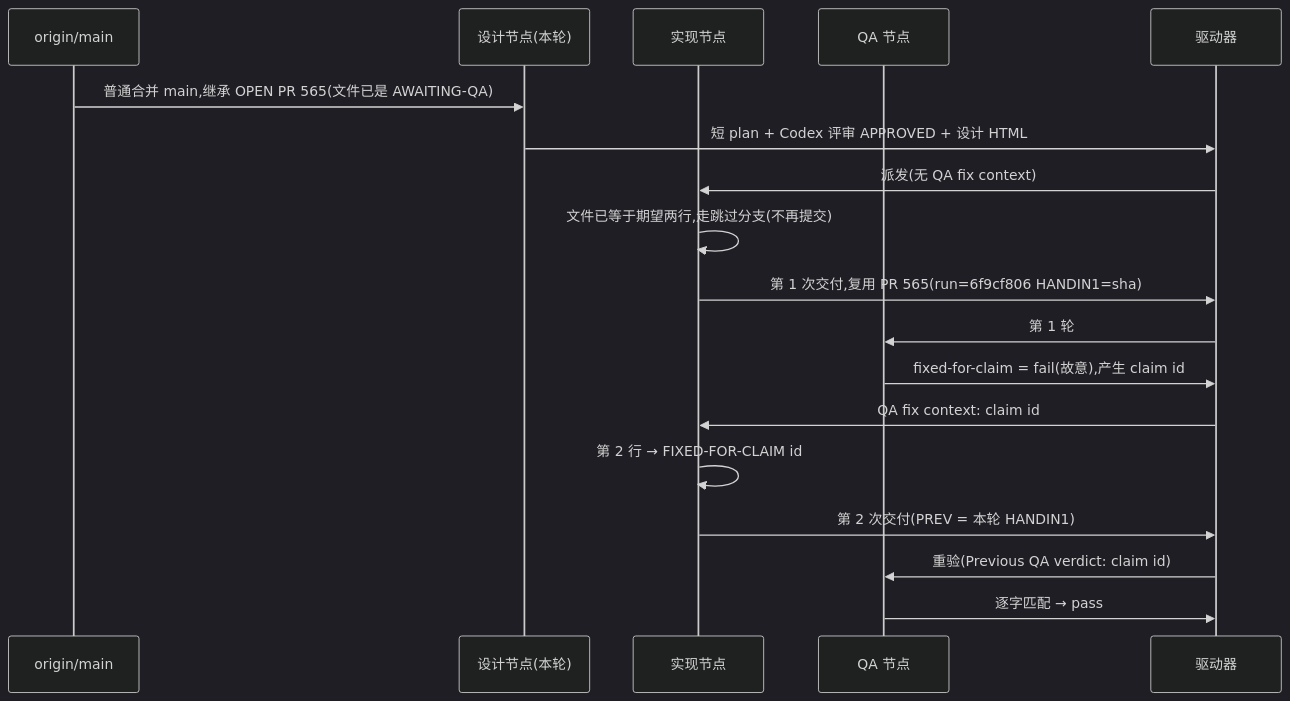
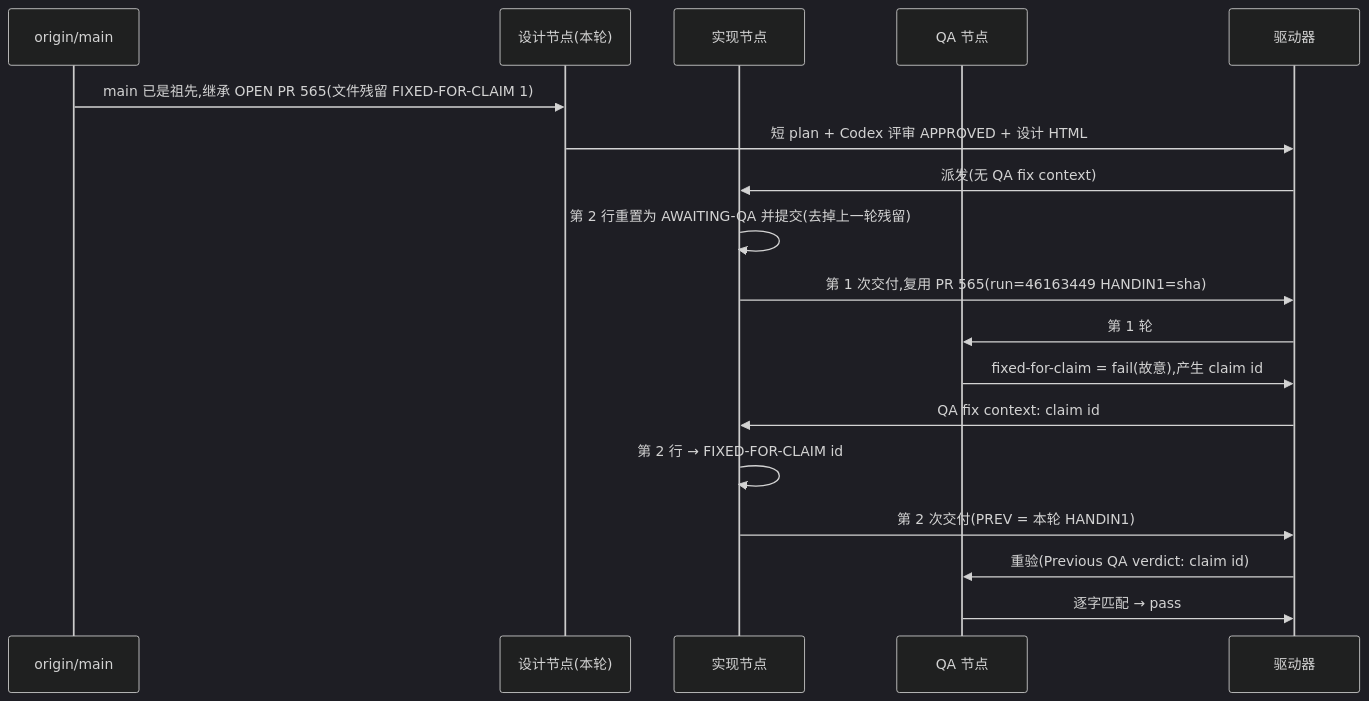
One commit to xrliAnnie/flywheel-qa-sandbox changed the diagram in engineering/doc/FLY-3150-real-runner-drill/d1-core-flow.mmd. Above: the diagram before and after it, drawn with Mermaid (dark theme). The commit also changed 3 other files, not shown here.

```diff
--- a/engineering/doc/FLY-3150-real-runner-drill/d1-core-flow.mmd
+++ b/engineering/doc/FLY-3150-real-runner-drill/d1-core-flow.mmd
@@ -1,18 +1,18 @@
 sequenceDiagram
     participant M as origin/main
     participant S as 设计节点(本轮)
     participant I as 实现节点
     participant Q as QA 节点
     participant D as 驱动器
-    M->>S: 普通合并 main,继承 OPEN PR 565(文件已是 AWAITING-QA)
+    M->>S: main 已是祖先,继承 OPEN PR 565(文件残留 FIXED-FOR-CLAIM 1)
     S->>D: 短 plan + Codex 评审 APPROVED + 设计 HTML
     D->>I: 派发(无 QA fix context)
-    I->>I: 文件已等于期望两行,走跳过分支(不再提交)
-    I->>D: 第 1 次交付,复用 PR 565(run=6f9cf806 HANDIN1=sha)
+    I->>I: 第 2 行重置为 AWAITING-QA 并提交(去掉上一轮残留)
+    I->>D: 第 1 次交付,复用 PR 565(run=46163449 HANDIN1=sha)
     D->>Q: 第 1 轮
     Q->>D: fixed-for-claim = fail(故意),产生 claim id
     D->>I: QA fix context: claim id
     I->>I: 第 2 行 → FIXED-FOR-CLAIM id
     I->>D: 第 2 次交付(PREV = 本轮 HANDIN1)
     D->>Q: 重验(Previous QA verdict: claim id)
     Q->>D: 逐字匹配 → pass
```
